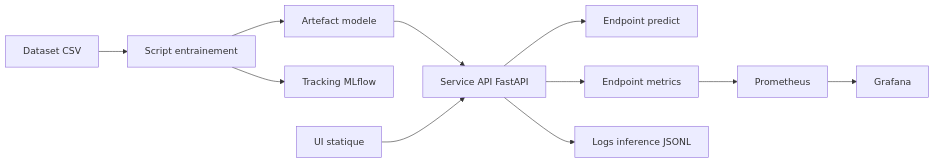
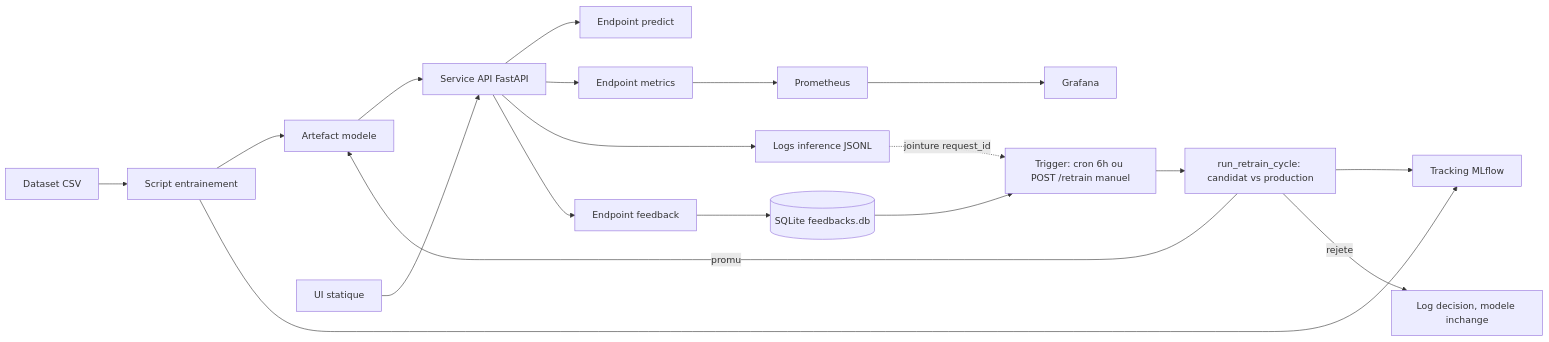
One commit to userZku/multimodal-classification changed the diagram in docs/architecture_si/architecture-si.md. Above: the diagram before and after it, drawn with Mermaid. The commit also changed other lines of this file and 3 other files, not shown here.

First line of the commit message:
docs: documenter la boucle de feedback et corriger les diagrammes obsoletes

````diff
--- a/docs/architecture_si/architecture-si.md
+++ b/docs/architecture_si/architecture-si.md
@@ -51,13 +61,21 @@
 ```mermaid
 flowchart LR
   A[Dataset CSV] --> B[Script entrainement]
   B --> C[Artefact modele]
   B --> D[Tracking MLflow]
   C --> E[Service API FastAPI]
   F[UI statique] --> E
   E --> G[Endpoint predict]
   E --> H[Endpoint metrics]
   H --> I[Prometheus]
   I --> J[Grafana]
   E --> K[Logs inference JSONL]
+  E --> L[Endpoint feedback]
+  L --> M[(SQLite feedbacks.db)]
+  M --> N[Trigger: cron 6h ou POST /retrain manuel]
+  K -.jointure request_id.-> N
+  N --> O[run_retrain_cycle: candidat vs production]
+  O --> D
+  O -- promu --> C
+  O -- rejete --> P[Log decision, modele inchange]
 ```
````
